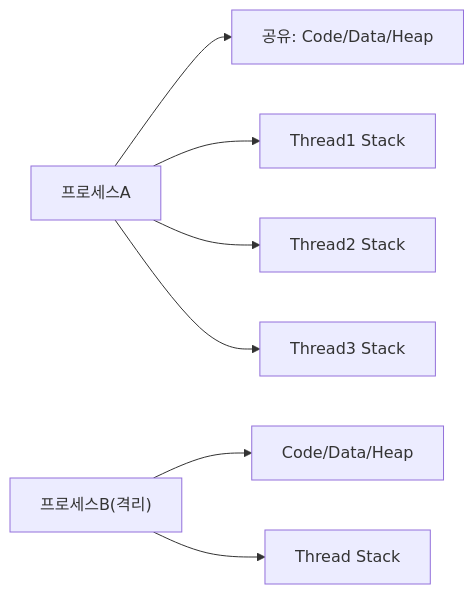
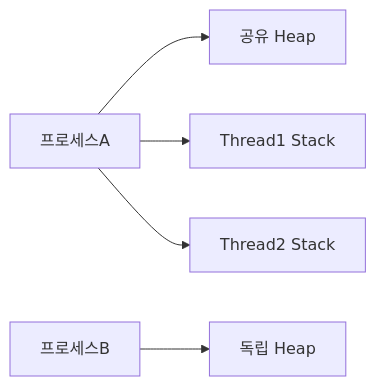
The first of 17 diagrams in _posts/java/2026-05-01-java-thread.md (yjkim2015/yjkim2015.github.io), drawn with Mermaid before and after one commit. The commit also changed other lines of this file and 163 other files, not shown here.

First line of the commit message:
Mermaid 300개 블록 내용 축소: 5노드 5엣지 이하, 의미 있는 약어

````diff
--- a/_posts/java/2026-05-01-java-thread.md
+++ b/_posts/java/2026-05-01-java-thread.md
@@ -26,6 +26,6 @@
 ```mermaid
 graph LR
-    PA["프로세스A"] --> SHARED["공유: Code/Data/Heap"]
-    PA --> T1["Thread1 Stack"] & T2["Thread2 Stack"] & T3["Thread3 Stack"]
-    PB["프로세스B(격리)"] --> SB["Code/Data/Heap"] & TB["Thread Stack"]
+    PA["프로세스A"] --> SHARED["공유 Heap"]
+    PA --> T1["Thread1 Stack"] & T2["Thread2 Stack"]
+    PB["프로세스B"] --> SB["독립 Heap"]
 ```
````
